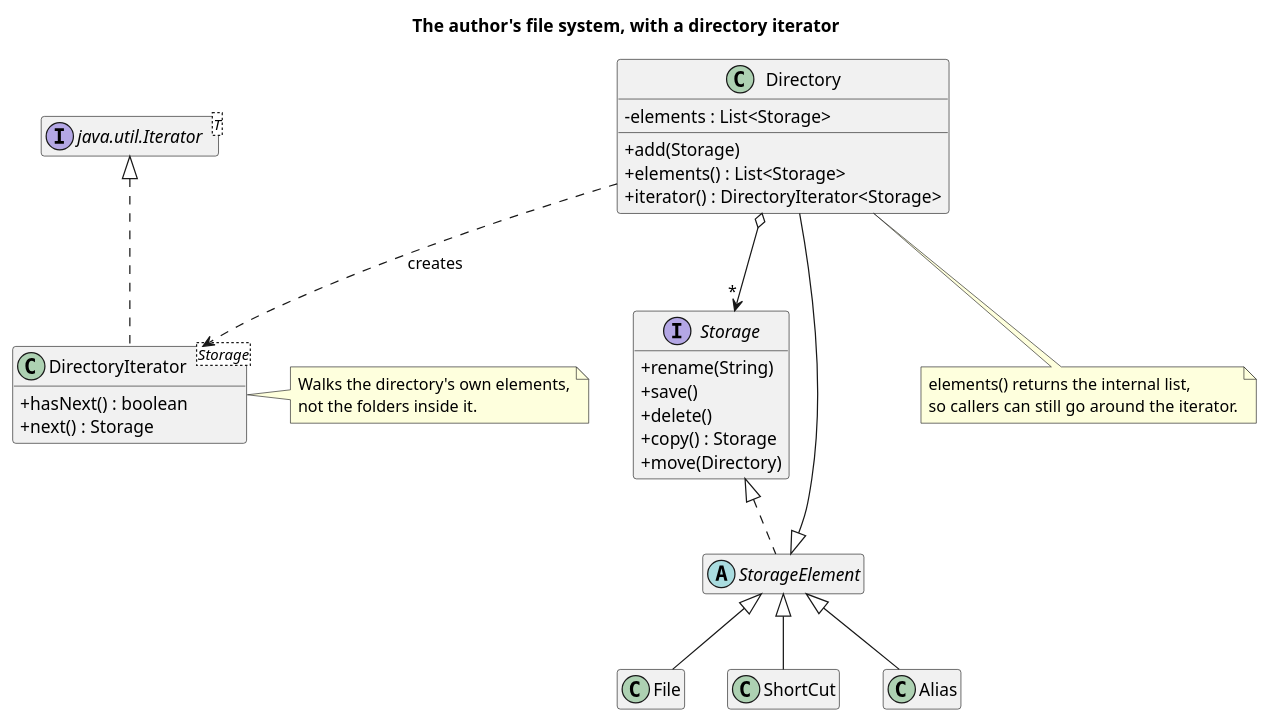
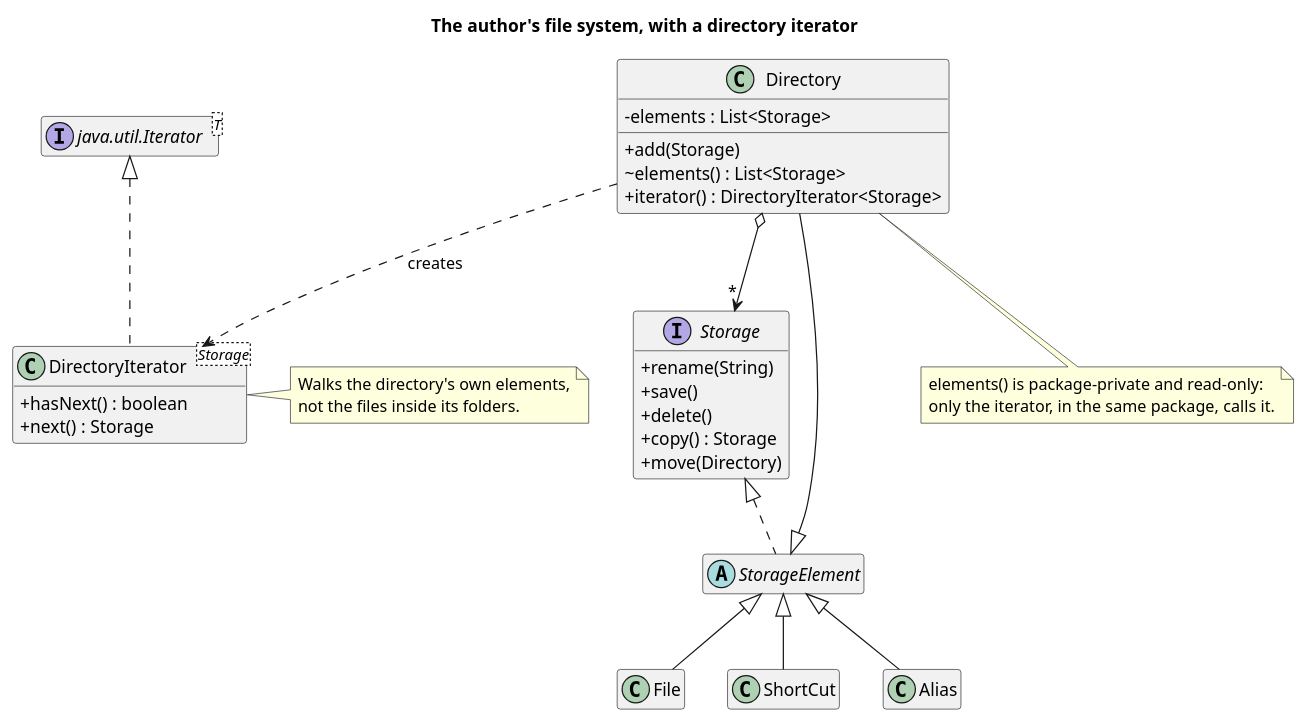
The diagram in src/main/java/dev/kaldiroglu/dp/behavioral/iterator/fileSystem/uml/Iterator - File System - Class Diagram.puml (kaldiroglu/DesignPatternsWithJava), drawn with PlantUML before and after one commit. The commit also changed 6 other files, not shown here.

```diff
--- a/src/main/java/dev/kaldiroglu/dp/behavioral/iterator/fileSystem/uml/Iterator - File System - Class Diagram.puml
+++ b/src/main/java/dev/kaldiroglu/dp/behavioral/iterator/fileSystem/uml/Iterator - File System - Class Diagram.puml
@@ -1,46 +1,46 @@
 @startuml "Iterator - File System - Class Diagram"
 skinparam classAttributeIconSize 0
 hide empty members
 title The author's file system, with a directory iterator
 
 interface Storage {
   + rename(String)
   + save()
   + delete()
   + copy() : Storage
   + move(Directory)
 }
 abstract class StorageElement
 class File
 class ShortCut
 class Alias
 class Directory {
   - elements : List<Storage>
   + add(Storage)
-  + elements() : List<Storage>
+  ~ elements() : List<Storage>
   + iterator() : DirectoryIterator<Storage>
 }
 class "DirectoryIterator<Storage>" as DI {
   + hasNext() : boolean
   + next() : Storage
 }
 interface "java.util.Iterator<T>" as JI
 
 Storage <|.. StorageElement
 StorageElement <|-- File
 StorageElement <|-- ShortCut
 StorageElement <|-- Alias
 StorageElement <|-- Directory
 Directory o--> "*" Storage
 JI <|.. DI
 Directory ..> DI : creates
 
 note right of DI
   Walks the directory's own elements,
-  not the folders inside it.
+  not the files inside its folders.
 end note
 note bottom of Directory
-  elements() returns the internal list,
-  so callers can still go around the iterator.
+  elements() is package-private and read-only:
+  only the iterator, in the same package, calls it.
 end note
 @enduml
```
